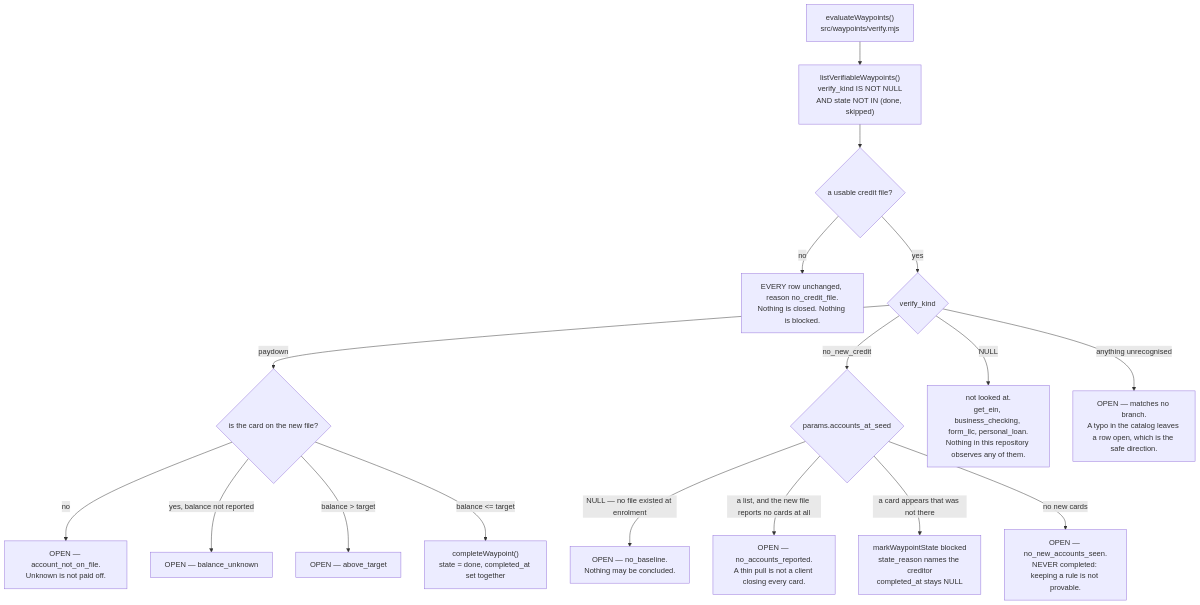
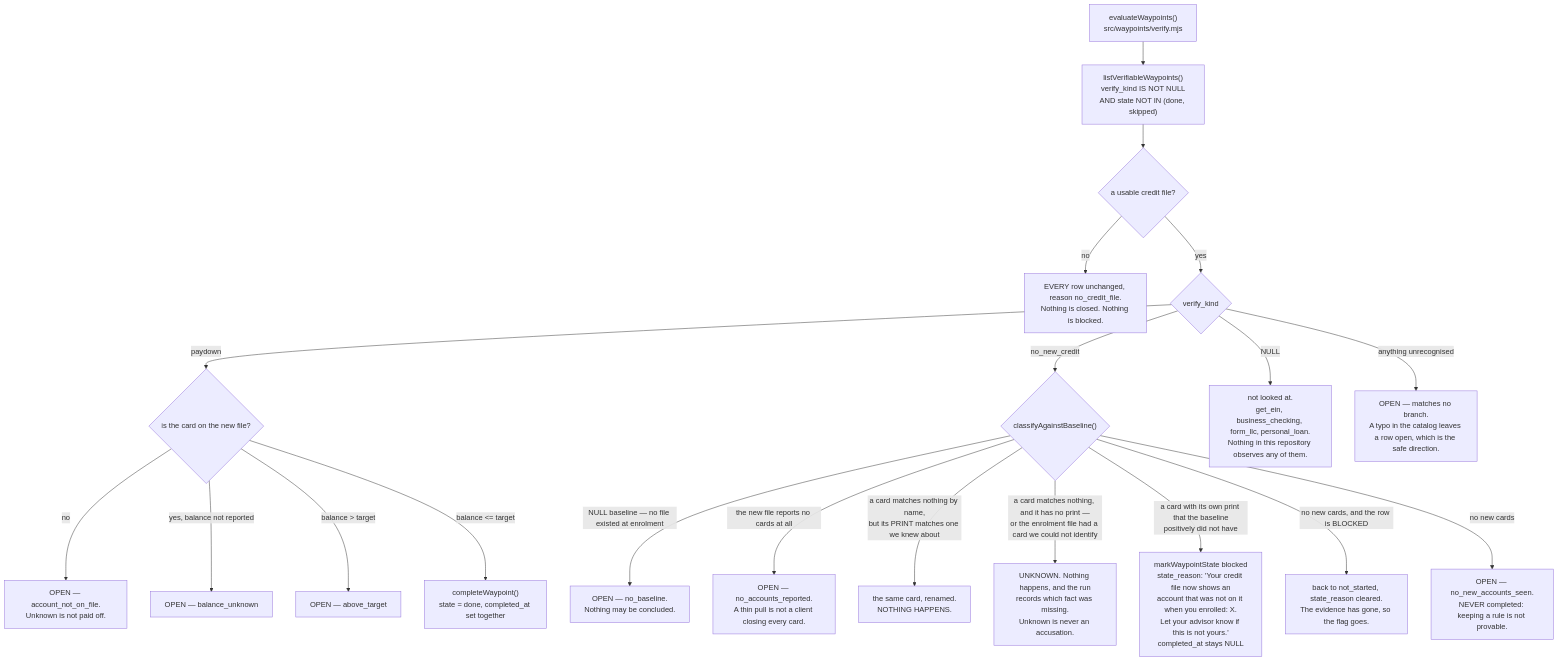
One commit to ZootimusMaximusSupreme/Fundhub_ai changed the third of 4 diagrams in docs/journeys/waypoint-seeding-actual.md. Above: the diagram before and after it, drawn with Mermaid. The commit also changed other lines of this file and 11 other files, not shown here.

First line of the commit message:
Waypoints: stop promising a loan, stop accusing a client, and close the list

````diff
--- a/docs/journeys/waypoint-seeding-actual.md
+++ b/docs/journeys/waypoint-seeding-actual.md
@@ -105,22 +124,25 @@
 ```mermaid
 flowchart TD
     A["evaluateWaypoints()<br/>src/waypoints/verify.mjs"] --> B["listVerifiableWaypoints()<br/>verify_kind IS NOT NULL<br/>AND state NOT IN (done, skipped)"]
     B --> C{"a usable credit file?"}
     C -->|"no"| C0["EVERY row unchanged, reason no_credit_file.<br/>Nothing is closed. Nothing is blocked."]
     C -->|"yes"| D{"verify_kind"}
 
     D -->|"paydown"| E{"is the card on the new file?"}
     E -->|"no"| E0["OPEN — account_not_on_file.<br/>Unknown is not paid off."]
     E -->|"yes, balance not reported"| E1["OPEN — balance_unknown"]
     E -->|"balance &gt; target"| E2["OPEN — above_target"]
     E -->|"balance &lt;= target"| E3["completeWaypoint()<br/>state = done, completed_at set together"]
 
-    D -->|"no_new_credit"| F{"params.accounts_at_seed"}
-    F -->|"NULL — no file existed at enrolment"| F0["OPEN — no_baseline.<br/>Nothing may be concluded."]
-    F -->|"a list, and the new file reports no cards at all"| F1["OPEN — no_accounts_reported.<br/>A thin pull is not a client closing every card."]
-    F -->|"a card appears that was not there"| F2["markWaypointState blocked<br/>state_reason names the creditor<br/>completed_at stays NULL"]
+    D -->|"no_new_credit"| F{"classifyAgainstBaseline()"}
+    F -->|"NULL baseline — no file existed at enrolment"| F0["OPEN — no_baseline.<br/>Nothing may be concluded."]
+    F -->|"the new file reports no cards at all"| F1["OPEN — no_accounts_reported.<br/>A thin pull is not a client closing every card."]
+    F -->|"a card matches nothing by name,<br/>but its PRINT matches one we knew about"| F4["the same card, renamed.<br/>NOTHING HAPPENS."]
+    F -->|"a card matches nothing, and it has no print —<br/>or the enrolment file had a card we could not identify"| F5["UNKNOWN. Nothing happens, and the run<br/>records which fact was missing.<br/>Unknown is never an accusation."]
+    F -->|"a card with its own print that the baseline<br/>positively did not have"| F2["markWaypointState blocked<br/>state_reason: 'Your credit file now shows an<br/>account that was not on it when you enrolled: X.<br/>Let your advisor know if this is not yours.'<br/>completed_at stays NULL"]
+    F -->|"no new cards, and the row is BLOCKED"| F6["back to not_started, state_reason cleared.<br/>The evidence has gone, so the flag goes."]
     F -->|"no new cards"| F3["OPEN — no_new_accounts_seen.<br/>NEVER completed: keeping a rule is not provable."]
 
     D -->|"NULL"| G["not looked at.<br/>get_ein, business_checking, form_llc, personal_loan.<br/>Nothing in this repository observes any of them."]
     D -->|"anything unrecognised"| H["OPEN — matches no branch.<br/>A typo in the catalog leaves a row open, which is the safe direction."]
 ```
````
